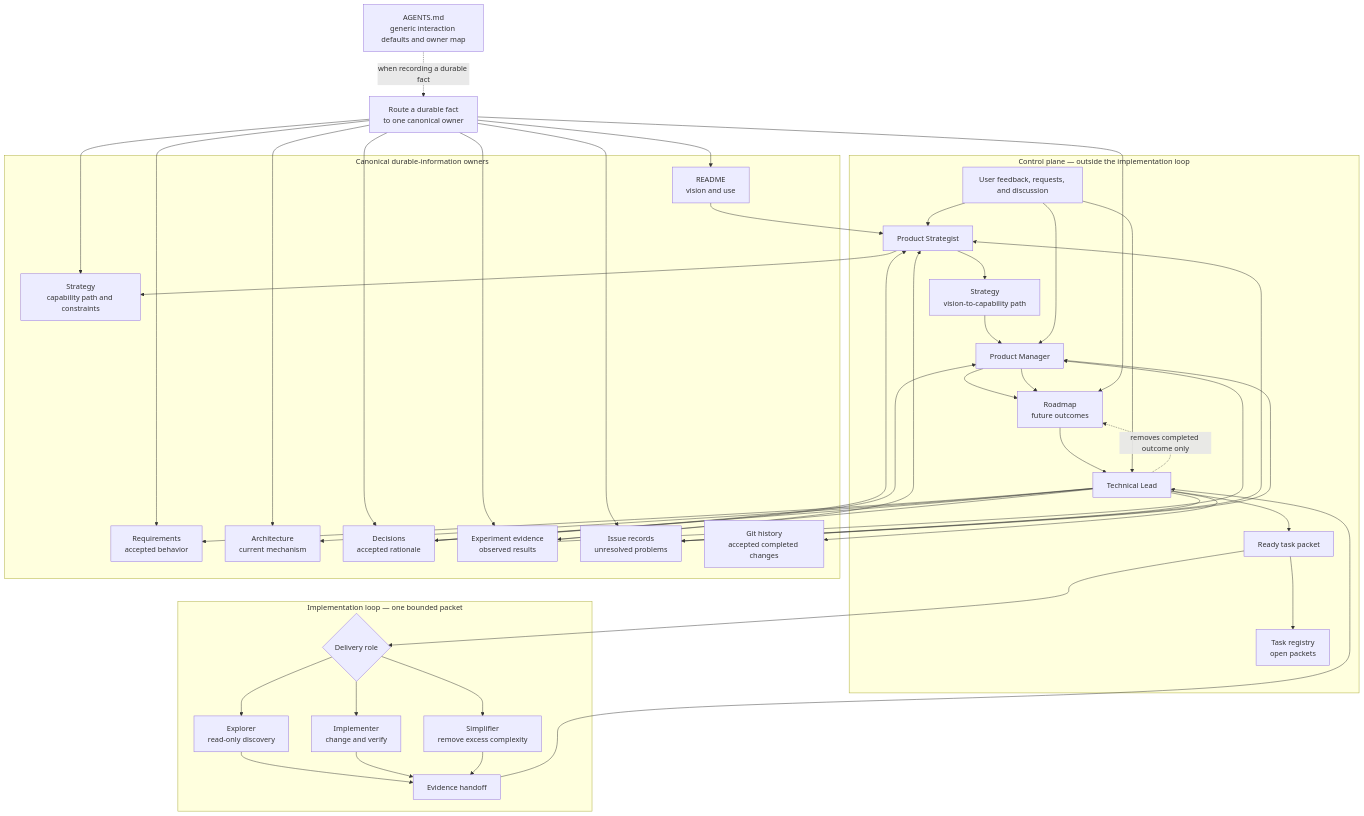
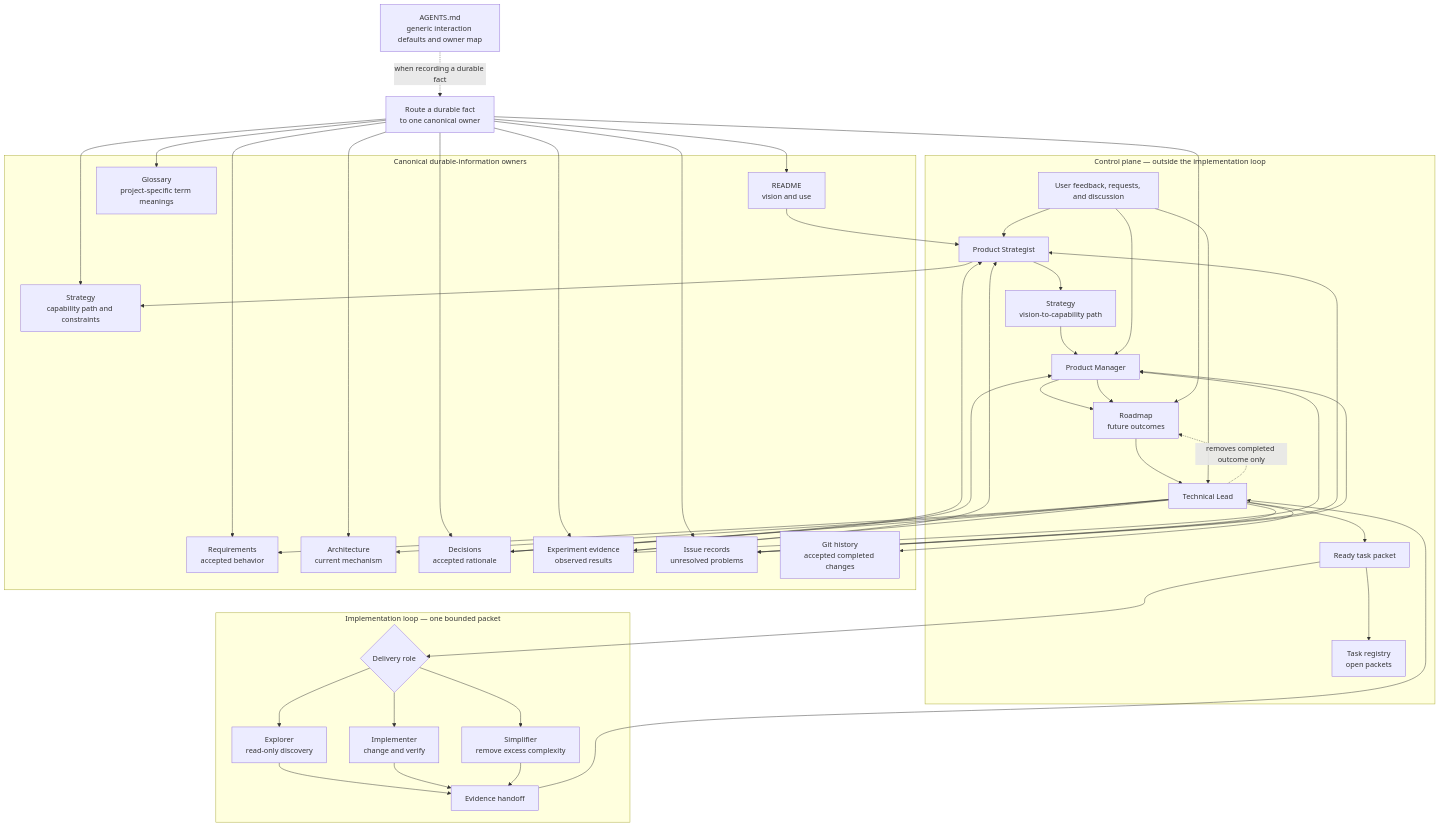
The diagram in docs/information-flow.md (AlexeyNilov/npc), drawn with Mermaid before and after one commit. The commit also changed 5 other files, not shown here.

````diff
--- a/docs/information-flow.md
+++ b/docs/information-flow.md
@@ -49,6 +49,7 @@
 
   subgraph Owners[Canonical durable-information owners]
     Vision[README\nvision and use]
+    Glossary[Glossary\nproject-specific term meanings]
     StrategyOwner[Strategy\ncapability path and constraints]
     Requirements[Requirements\naccepted behavior]
     Architecture[Architecture\ncurrent mechanism]
@@ -84,6 +85,7 @@
   Route --> Evidence
   Route --> Issues
   Route --> Vision
+  Route --> Glossary
   Route --> StrategyOwner
   Route --> Roadmap
 ```
````
